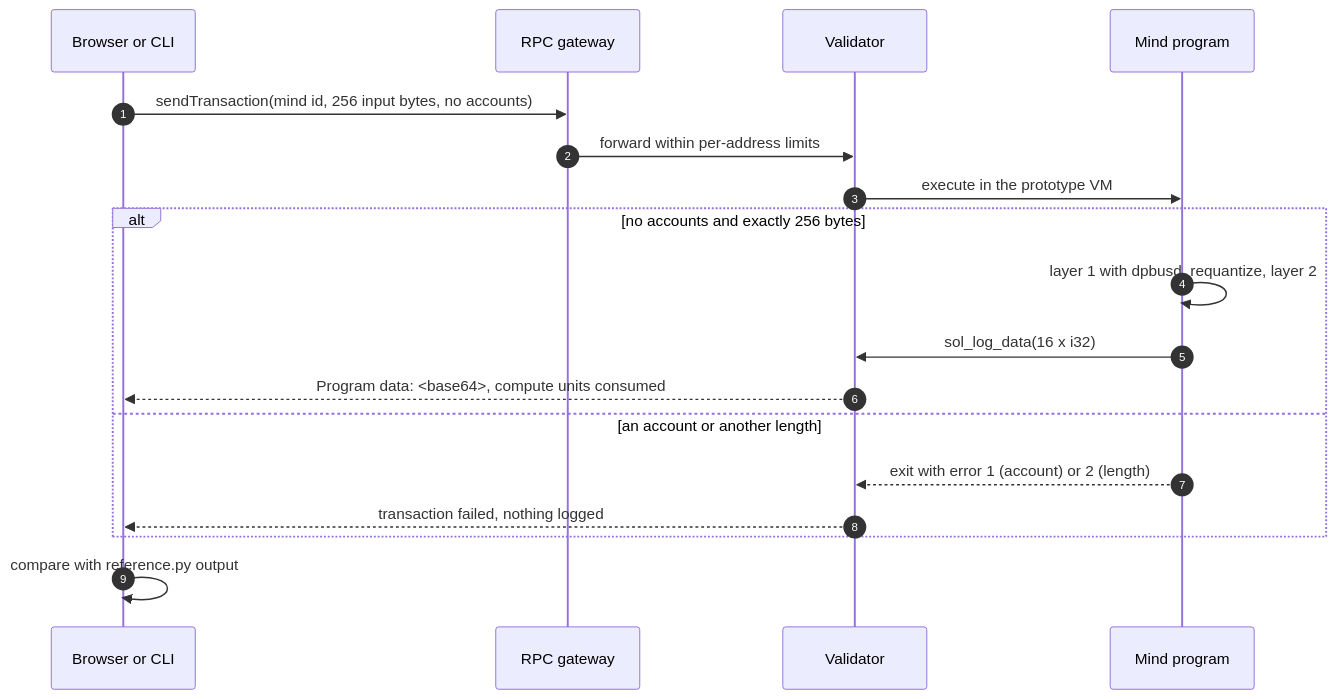
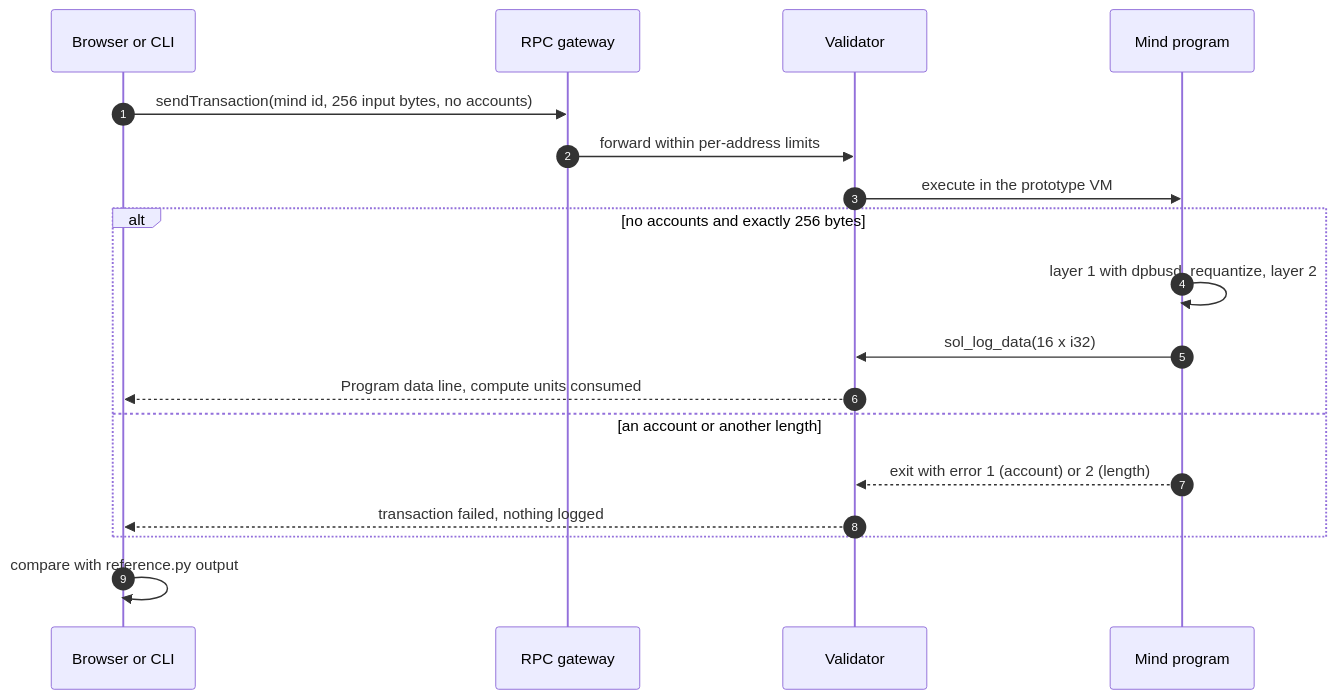
One commit to cogitochain/cogito changed the second of 4 diagrams in README.md. Above: the diagram before and after it, drawn with Mermaid. The commit also changed other lines of this file and 4 other files, not shown here.

````diff
--- a/README.md
+++ b/README.md
@@ -67,20 +69,20 @@
 ```mermaid
 sequenceDiagram
   autonumber
   participant U as Browser or CLI
   participant G as RPC gateway
   participant V as Validator
   participant M as Mind program
   U->>G: sendTransaction(mind id, 256 input bytes, no accounts)
   G->>V: forward within per-address limits
   V->>M: execute in the prototype VM
   alt no accounts and exactly 256 bytes
     M->>M: layer 1 with dpbusd, requantize, layer 2
     M->>V: sol_log_data(16 x i32)
-    V-->>U: Program data: <base64>, compute units consumed
+    V-->>U: Program data line, compute units consumed
   else an account or another length
     M-->>V: exit with error 1 (account) or 2 (length)
     V-->>U: transaction failed, nothing logged
   end
   U->>U: compare with reference.py output
 ```
````
